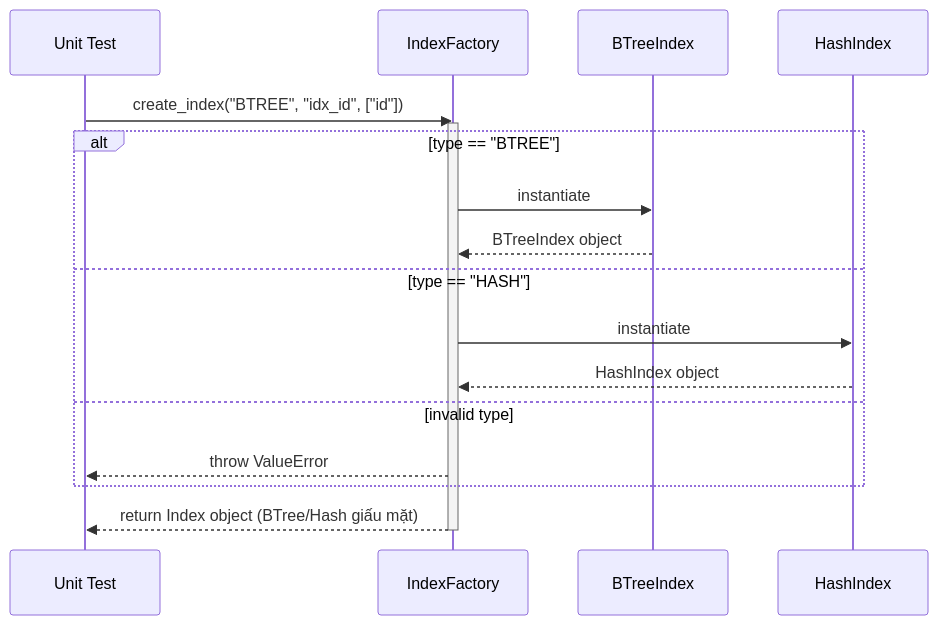
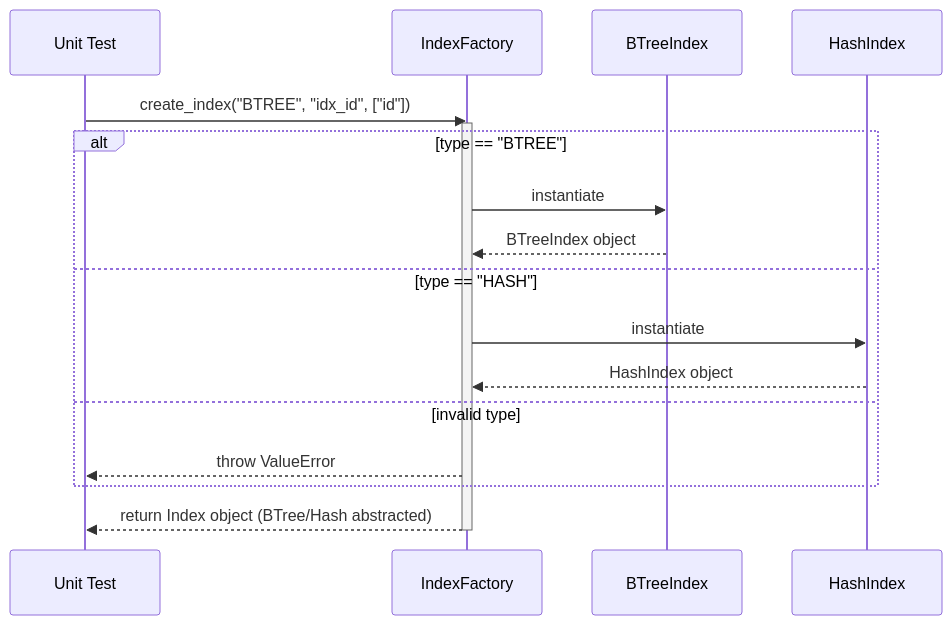
The tenth of 18 diagrams in docs/readme.md (Ricky13170/bbv_DBMS), drawn with Mermaid before and after one commit. The commit also changed other lines of this file, not shown here.

````diff
--- a/docs/readme.md
+++ b/docs/readme.md
@@ -262,21 +262,21 @@
 ```mermaid
 sequenceDiagram
     participant Client as Unit Test
     participant Factory as IndexFactory
     participant BTree as BTreeIndex
     participant Hash as HashIndex
     
     Client->>Factory: create_index("BTREE", "idx_id", ["id"])
     activate Factory
     alt type == "BTREE"
         Factory->>BTree: instantiate
         BTree-->>Factory: BTreeIndex object
     else type == "HASH"
         Factory->>Hash: instantiate
         Hash-->>Factory: HashIndex object
     else invalid type
         Factory-->>Client: throw ValueError
     end
-    Factory-->>Client: return Index object (BTree/Hash giấu mặt)
+    Factory-->>Client: return Index object (BTree/Hash abstracted)
     deactivate Factory
 ```
````
